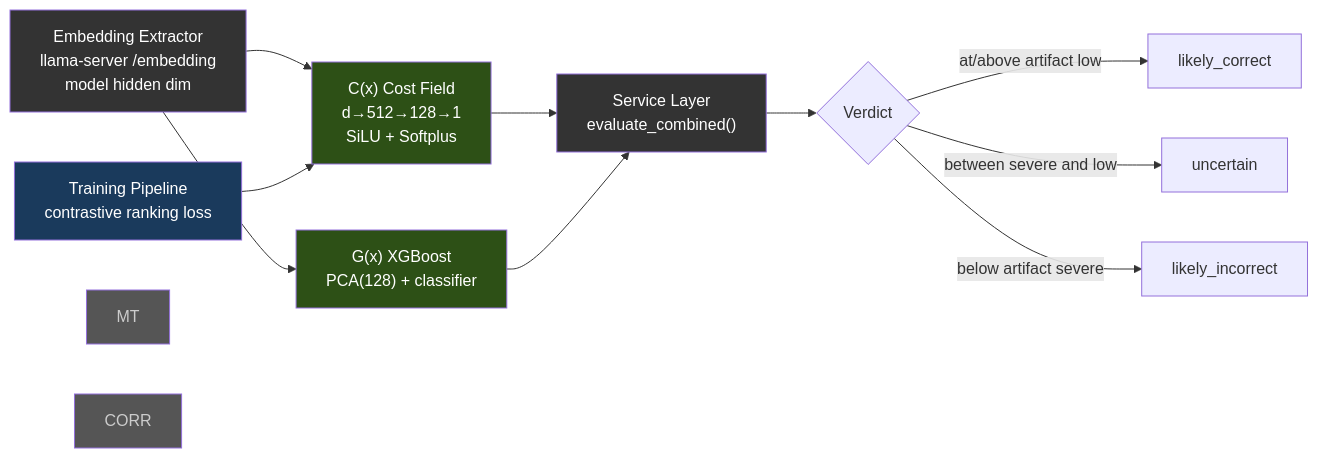
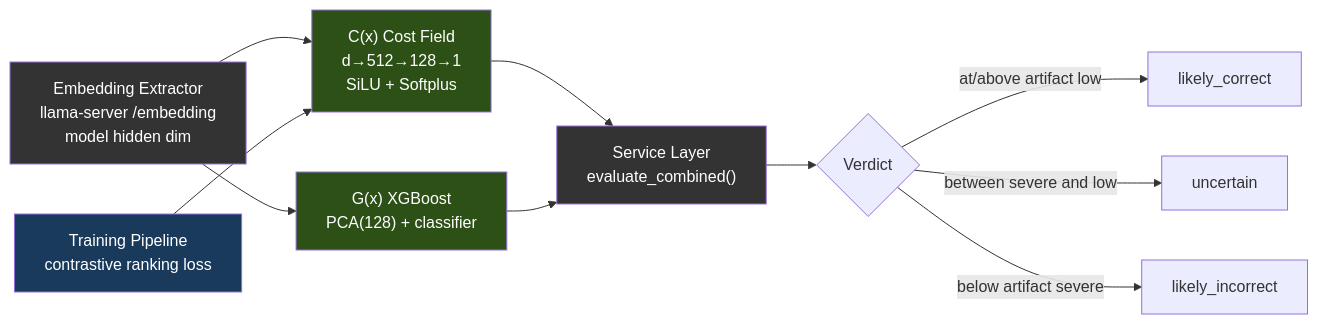
The fifth of 10 diagrams in docs/lang/ja/ARCHITECTURE.md (assassinationss/ATLAS), drawn with Mermaid before and after one commit. The commit also changed other lines of this file, not shown here.

Commit message:
docs(ja): ARCHITECTURE second half, part 2 — terminal contract & session budget, incumbent #259, V3-always + PlanSearch workers, budget table, CodeT, phase-3 budget gate; lens attribution / proxy invocation / capacity boundary; ADR-0011 weights note

````diff
--- a/docs/lang/ja/ARCHITECTURE.md
+++ b/docs/lang/ja/ARCHITECTURE.md
@@ -536,22 +564,20 @@
 ```mermaid
 graph LR
     EE["Embedding Extractor\nllama-server /embedding\nmodel hidden dim"] --> CX["C(x) Cost Field\nd→512→128→1\nSiLU + Softplus"]
     EE --> GX["G(x) XGBoost\nPCA(128) + classifier"]
     CX --> SVC["Service Layer\nevaluate_combined()"]
     GX --> SVC
     SVC --> V{"Verdict"}
     V -->|"at/above artifact low"| LC["likely_correct"]
     V -->|"between severe and low"| UN["uncertain"]
     V -->|"below artifact severe"| LI["likely_incorrect"]
 
     TR["Training Pipeline\ncontrastive ranking loss"] --> CX
 
 
     style EE fill:#333,color:#fff
     style CX fill:#2d5016,color:#fff
     style GX fill:#2d5016,color:#fff
     style SVC fill:#333,color:#fff
     style TR fill:#1a3a5c,color:#fff
-    style MT fill:#555,color:#ccc
-    style CORR fill:#555,color:#ccc
 ```
````
